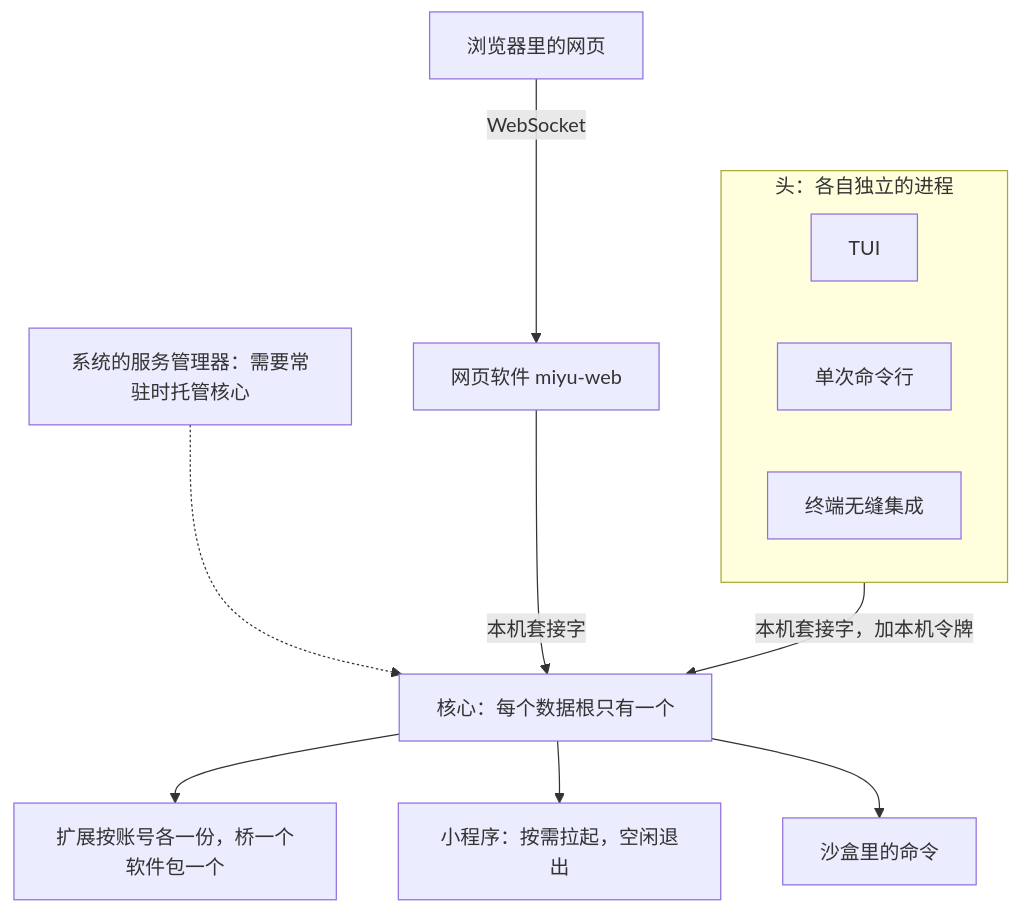
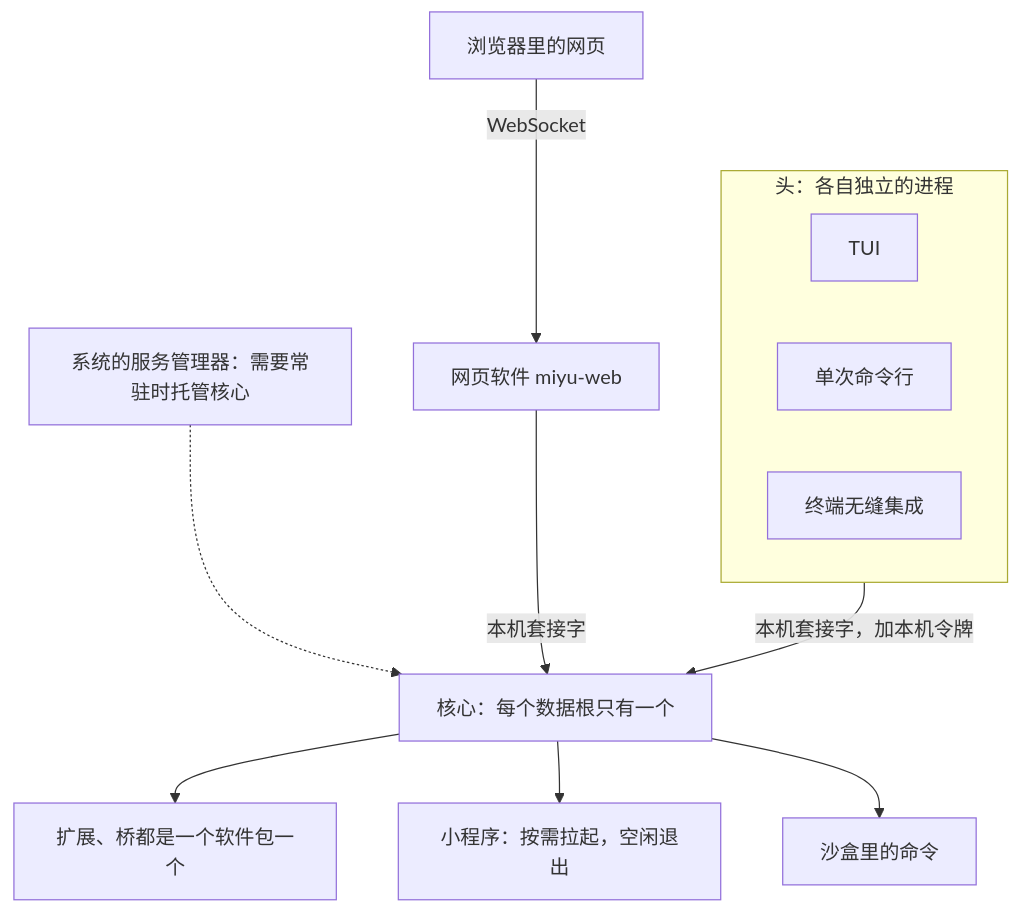
Before and after one commit to miyu-agent/miyu: the first of 3 diagrams in docs/designs/12-进程形态与分发.md, drawn with Mermaid. The commit also changed other lines of this file and 133 other files, not shown here.

First line of the commit message:
docs(文档): 参考、蓝图、设计都照只给一个人用写，设计 06 标作废 (SU-6 中)

````diff
--- a/docs/designs/12-进程形态与分发.md
+++ b/docs/designs/12-进程形态与分发.md
@@ -7,16 +7,16 @@
 ```mermaid
 flowchart TB
     svc["系统的服务管理器：需要常驻时托管核心"] -.-> core
     subgraph heads["头：各自独立的进程"]
         direction LR
         tui["TUI"]
         cli["单次命令行"]
         sh["终端无缝集成"]
     end
     heads -- "本机套接字，加本机令牌" --> core["核心：每个数据根只有一个"]
     web["浏览器里的网页"] -- "WebSocket" --> webapp["网页软件 miyu-web"]
     webapp -- "本机套接字" --> core
-    core --> ext["扩展按账号各一份，桥一个软件包一个"]
+    core --> ext["扩展、桥都是一个软件包一个"]
     core --> wk["小程序：按需拉起，空闲退出"]
     core --> box["沙盒里的命令"]
 ```
````
